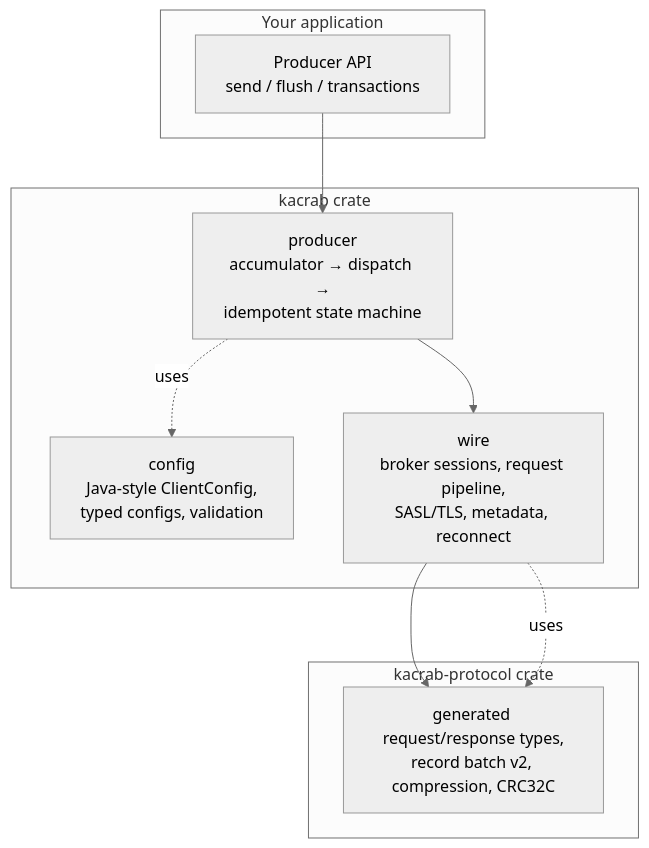
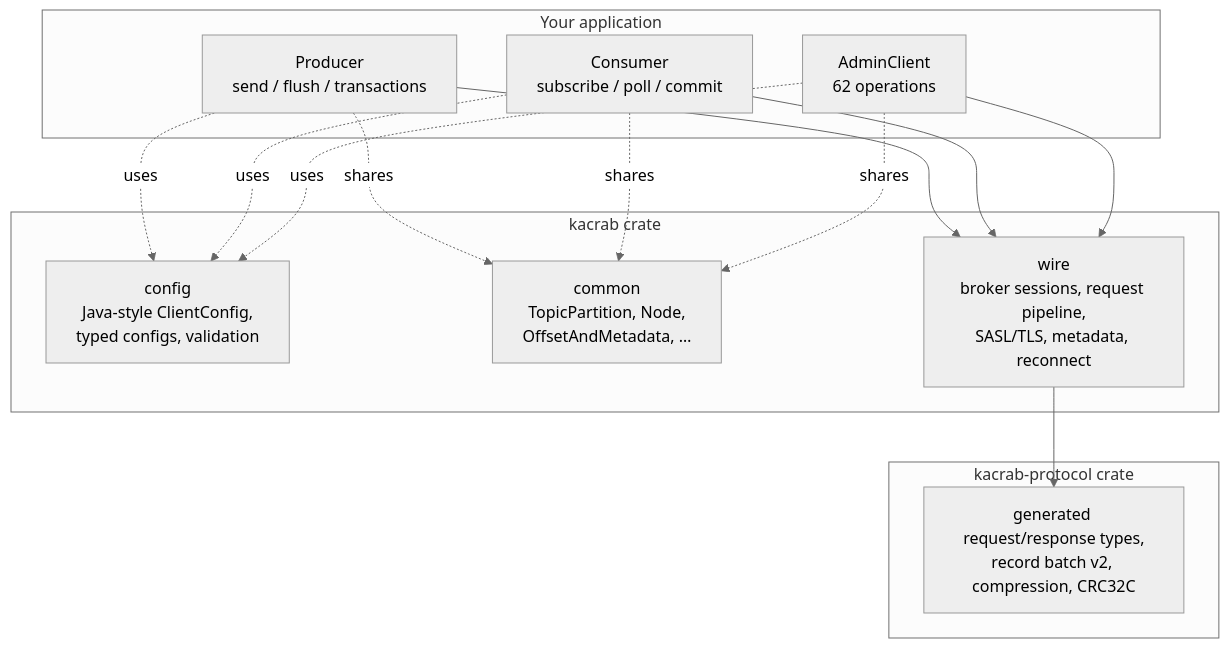
One commit to pirumu/kacrab changed the diagram in docs-book/src/overview.md. Above: the diagram before and after it, drawn with Mermaid (neutral theme). The commit also changed other lines of this file and 22 other files, not shown here.

````diff
--- a/docs-book/src/overview.md
+++ b/docs-book/src/overview.md
@@ -5,17 +7,26 @@
 ```mermaid
 flowchart TB
   subgraph app[Your application]
-    P["Producer API<br/>send / flush / transactions"]
+    P["Producer<br/>send / flush / transactions"]
+    K["Consumer<br/>subscribe / poll / commit"]
+    AD["AdminClient<br/>62 operations"]
   end
   subgraph kacrab[kacrab crate]
     CFG["config<br/>Java-style ClientConfig,<br/>typed configs, validation"]
-    PROD["producer<br/>accumulator → dispatch →<br/>idempotent state machine"]
+    COM["common<br/>TopicPartition, Node,<br/>OffsetAndMetadata, …"]
     WIRE["wire<br/>broker sessions, request pipeline,<br/>SASL/TLS, metadata, reconnect"]
   end
   subgraph proto[kacrab-protocol crate]
     GEN["generated request/response types,<br/>record batch v2, compression, CRC32C"]
   end
-  P --> PROD --> WIRE --> GEN
-  PROD -.uses.-> CFG
-  WIRE -.uses.-> GEN
+  P --> WIRE
+  K --> WIRE
+  AD --> WIRE
+  WIRE --> GEN
+  P -.uses.-> CFG
+  K -.uses.-> CFG
+  AD -.uses.-> CFG
+  P -.shares.-> COM
+  K -.shares.-> COM
+  AD -.shares.-> COM
 ```
````
